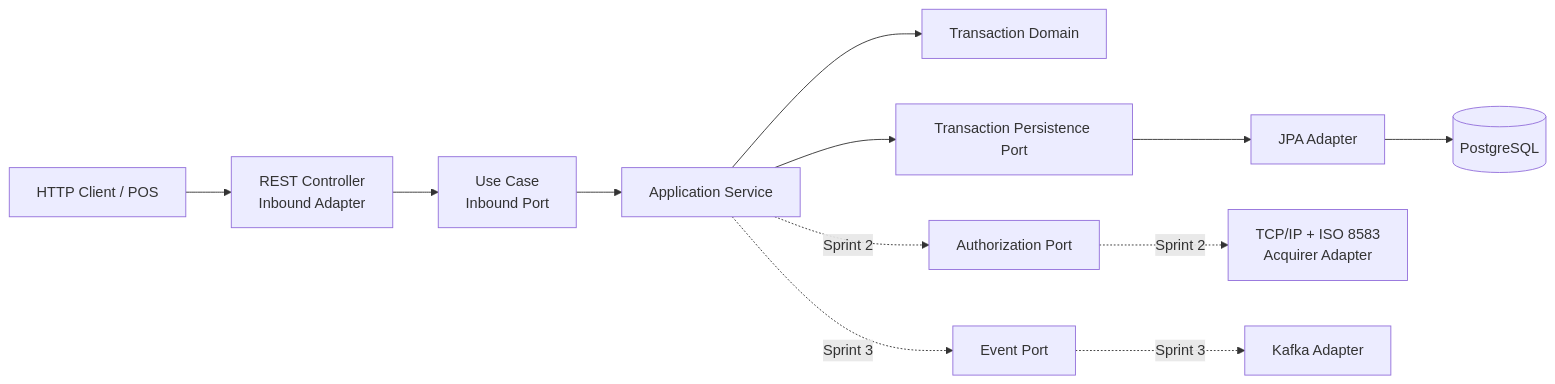
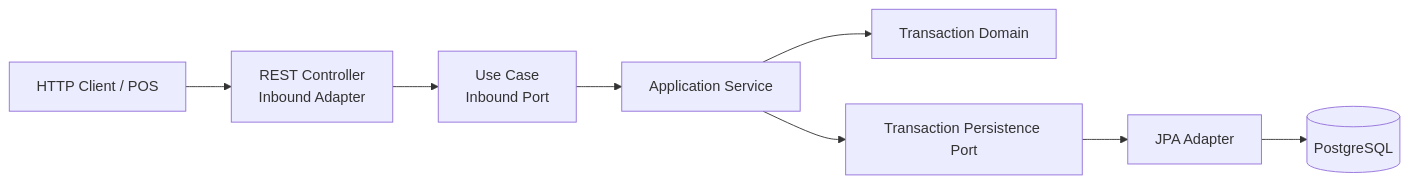
Before and after one commit to LucasBrovetto/financial-integration-platform: the first of 3 diagrams in docs/hexagonal-architecture.md, drawn with Mermaid. The commit also changed other lines of this file and 3 other files, not shown here.

Commit message:
docs(architecture): separate current and planned architecture

````diff
--- a/docs/hexagonal-architecture.md
+++ b/docs/hexagonal-architecture.md
@@ -7,15 +7,10 @@
 ```mermaid
 flowchart LR
     Client["HTTP Client / POS"] --> Controller["REST Controller\nInbound Adapter"]
     Controller --> UseCase["Use Case\nInbound Port"]
     UseCase --> Service["Application Service"]
     Service --> Domain["Transaction Domain"]
     Service --> PersistencePort["Transaction Persistence Port"]
     PersistencePort --> JpaAdapter["JPA Adapter"]
     JpaAdapter --> Database[(PostgreSQL)]
-
-    Service -. "Sprint 2" .-> AuthorizationPort["Authorization Port"]
-    AuthorizationPort -. "Sprint 2" .-> Acquirer["TCP/IP + ISO 8583\nAcquirer Adapter"]
-    Service -. "Sprint 3" .-> EventPort["Event Port"]
-    EventPort -. "Sprint 3" .-> Kafka["Kafka Adapter"]
 ```
````
